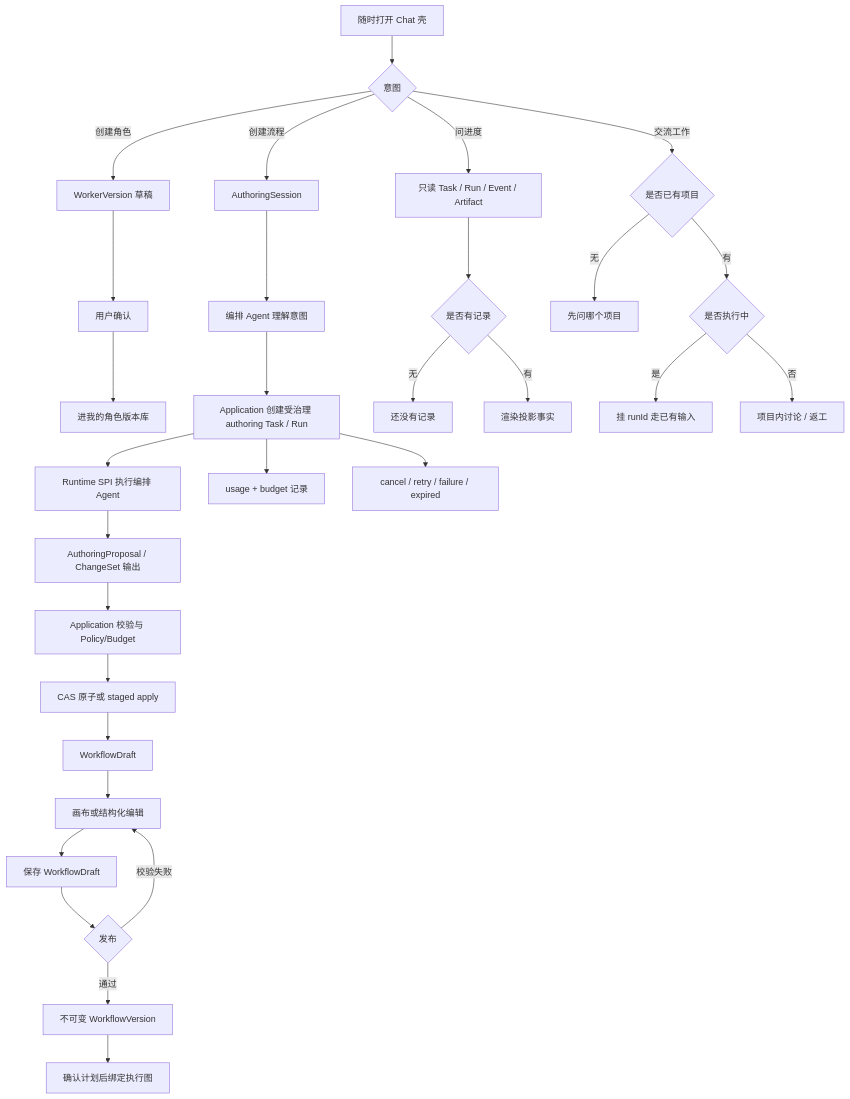
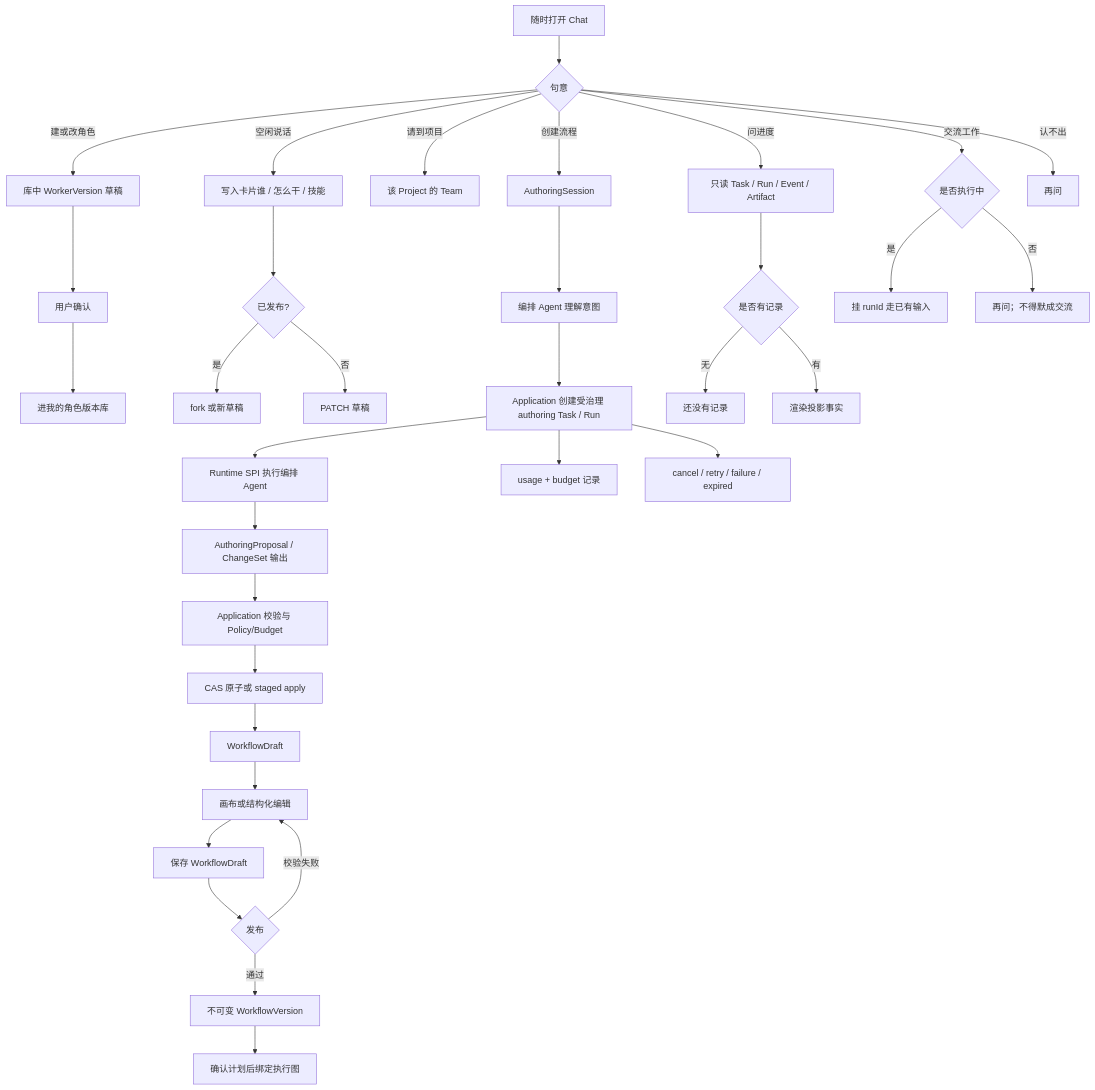
The ninth of 10 diagrams in docs/product-ui/02-core-user-flows.md (nicechencs/workforce), drawn with Mermaid before and after one commit. The commit also changed other lines of this file and 9 other files, not shown here.

````diff
--- a/docs/product-ui/02-core-user-flows.md
+++ b/docs/product-ui/02-core-user-flows.md
@@ -198,32 +198,36 @@
 ```mermaid
 flowchart TD
-  Open[随时打开 Chat 壳] --> Intent{意图}
-  Intent -->|创建角色| WorkerDraft[WorkerVersion 草稿]
+  Open[随时打开 Chat] --> Intent{句意}
+  Intent -->|建或改角色| WorkerDraft[库中 WorkerVersion 草稿]
   WorkerDraft --> ConfirmRole[用户确认]
   ConfirmRole --> Library[进我的角色版本库]
+  Intent -->|空闲说话| Card[写入卡片谁 / 怎么干 / 技能]
+  Card --> Fork{已发布?}
+  Fork -->|是| NewDraft[fork 或新草稿]
+  Fork -->|否| PatchDraft[PATCH 草稿]
+  Intent -->|请到项目| Team[该 Project 的 Team]
   Intent -->|创建流程| Session[AuthoringSession]
   Session --> Agent[编排 Agent 理解意图]
   Agent --> Start[Application 创建受治理 authoring Task / Run]
   Start --> Runtime[Runtime SPI 执行编排 Agent]
   Runtime --> Proposal[AuthoringProposal / ChangeSet 输出]
   Start --> Usage[usage + budget 记录]
   Start --> Control[cancel / retry / failure / expired]
   Proposal --> Validate[Application 校验与 Policy/Budget]
   Validate --> Apply[CAS 原子或 staged apply]
   Apply --> Draft[WorkflowDraft]
   Draft --> Edit[画布或结构化编辑]
   Edit --> Save[保存 WorkflowDraft]
   Save --> Publish{发布}
   Publish -->|校验失败| Edit
   Publish -->|通过| Frozen[不可变 WorkflowVersion]
   Frozen --> Bind[确认计划后绑定执行图]
   Intent -->|问进度| Facts[只读 Task / Run / Event / Artifact]
   Facts --> Empty{是否有记录}
   Empty -->|无| None[还没有记录]
   Empty -->|有| Show[渲染投影事实]
-  Intent -->|交流工作| ProjectAsk{是否已有项目}
-  ProjectAsk -->|无| AskWhich[先问哪个项目]
-  ProjectAsk -->|有| RunAsk{是否执行中}
+  Intent -->|交流工作| RunAsk{是否执行中}
   RunAsk -->|是| Input[挂 runId 走已有输入]
-  RunAsk -->|否| Discuss[项目内讨论 / 返工]
+  RunAsk -->|否| Ask[再问；不得默成交流]
+  Intent -->|认不出| Clarify[再问]
 ```
````
